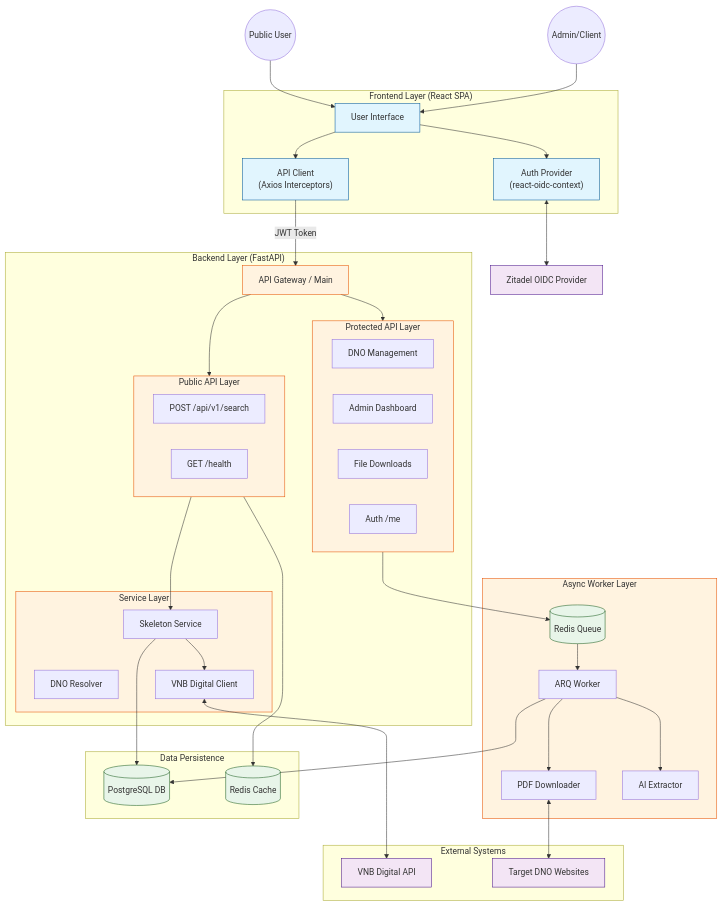
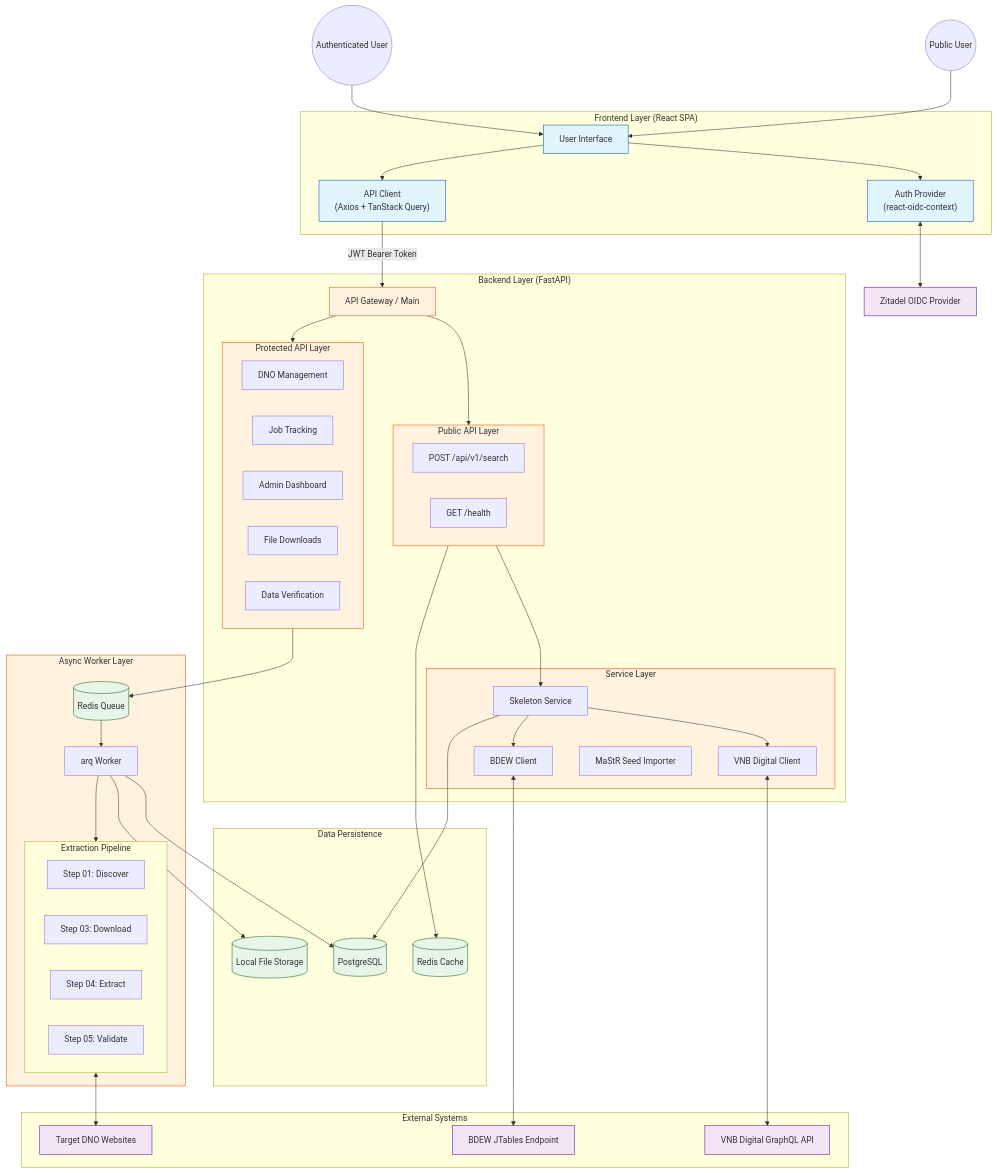
Before and after one commit to KyleDerZweite/dno-crawler: the first of 5 diagrams in ARCHITECTURE.md, drawn with Mermaid. The commit also changed other lines of this file and 6 other files, not shown here.

Commit message:
docs: expand and update project documentation covering data management, frontend stack, and development setup.

````diff
--- a/ARCHITECTURE.md
+++ b/ARCHITECTURE.md
@@ -11,13 +12,13 @@
 flowchart TD
     %% Users
     User((Public User))
-    Admin((Admin/Client))
+    Admin((Authenticated User))
 
     %% Frontend Layer
     subgraph Frontend ["Frontend Layer (React SPA)"]
         UI[User Interface]
         AuthProvider["Auth Provider<br/>(react-oidc-context)"]
-        ApiClient["API Client<br/>(Axios Interceptors)"]
+        ApiClient["API Client<br/>(Axios + TanStack Query)"]
     end
 
     %% Auth Provider
@@ -34,35 +35,43 @@
 
         subgraph ProtectedAPI ["Protected API Layer"]
             DNORoute[DNO Management]
+            JobsRoute[Job Tracking]
             AdminRoute[Admin Dashboard]
             FilesRoute[File Downloads]
-            AuthRoute[Auth /me]
+            VerifyRoute[Data Verification]
         end
         
         subgraph Services ["Service Layer"]
             SkeletonSvc[Skeleton Service]
-            DNOResolver[DNO Resolver]
             VNBSvc[VNB Digital Client]
+            BDEWSvc[BDEW Client]
+            MaStRSvc[MaStR Seed Importer]
         end
     end
 
     %% Async Layer
     subgraph Async ["Async Worker Layer"]
         RedisQ[(Redis Queue)]
-        Worker[ARQ Worker]
-        PDFDownloader[PDF Downloader]
-        AIExtractor[AI Extractor]
+        Worker[arq Worker]
+        subgraph Pipeline ["Extraction Pipeline"]
+            DiscoverStep[Step 01: Discover]
+            DownloadStep[Step 03: Download]
+            ExtractStep[Step 04: Extract]
+            ValidateStep[Step 05: Validate]
+        end
     end
 
     %% Data Layer
     subgraph Data ["Data Persistence"]
-        Postgres[(PostgreSQL DB)]
+        Postgres[(PostgreSQL)]
         RedisCache[(Redis Cache)]
+        FileStorage[(Local File Storage)]
     end
 
     %% External Systems
     subgraph External ["External Systems"]
-        VNBDigital[VNB Digital API]
+        VNBDigital[VNB Digital GraphQL API]
+        BDEWRegistry[BDEW JTables Endpoint]
         TargetSites[Target DNO Websites]
     end
 
@@ -72,7 +81,7 @@
     UI --> AuthProvider
     AuthProvider <--> Zitadel
     UI --> ApiClient
-    ApiClient --> |"JWT Token"| Gateway
+    ApiClient --> |"JWT Bearer Token"| Gateway
     
     Gateway --> PublicAPI
     Gateway --> ProtectedAPI
@@ -81,15 +90,17 @@
     ProtectedAPI --> RedisQ
     
     SkeletonSvc --> VNBSvc
+    SkeletonSvc --> BDEWSvc
     VNBSvc <--> VNBDigital
+    BDEWSvc <--> BDEWRegistry
     
     RedisQ --> Worker
-    Worker --> PDFDownloader
-    Worker --> AIExtractor
-    PDFDownloader <--> TargetSites
+    Worker --> Pipeline
+    Pipeline <--> TargetSites
     
     SkeletonSvc --> Postgres
     Worker --> Postgres
+    Worker --> FileStorage
     PublicAPI --> RedisCache
     
     classDef frontend fill:#e1f5fe,stroke:#01579b
@@ -99,6 +110,6 @@
     
     class UI,AuthProvider,ApiClient frontend
     class Gateway,PublicAPI,ProtectedAPI,Services,Async backend
-    class Postgres,RedisCache,RedisQ data
-    class Zitadel,VNBDigital,TargetSites external
+    class Postgres,RedisCache,RedisQ,FileStorage data
+    class Zitadel,VNBDigital,BDEWRegistry,TargetSites external
 ```
````
